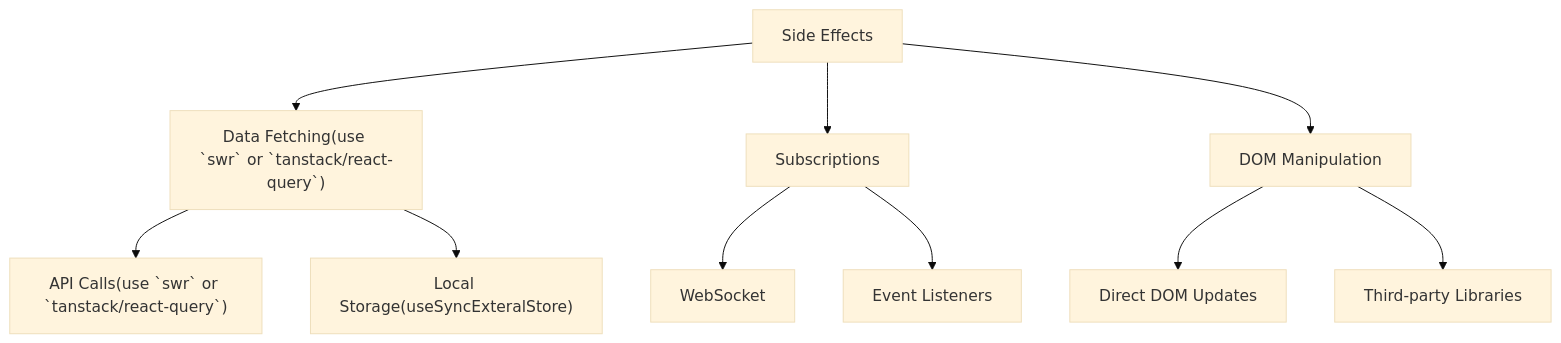
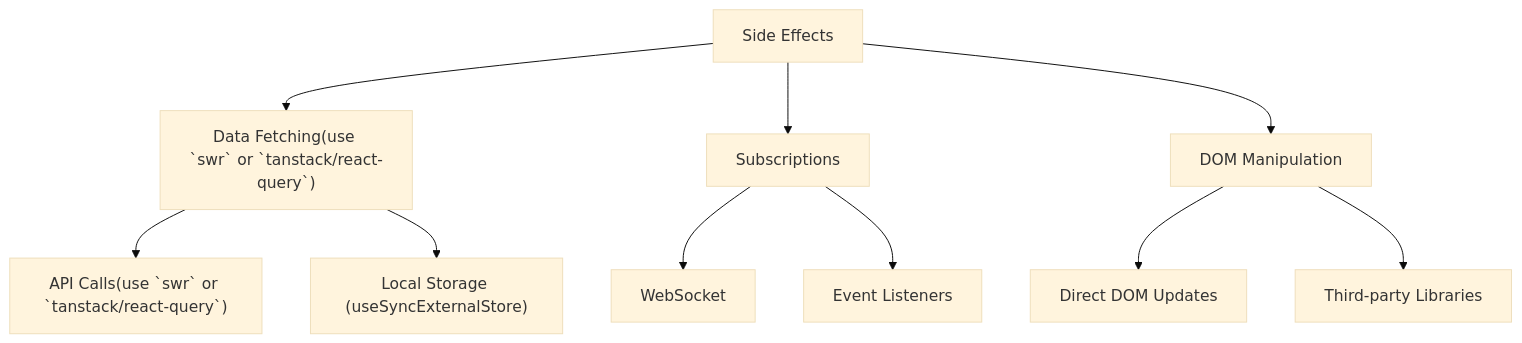
Before and after one commit to Oluwasetemi/react-note: the sixth of 9 diagrams in pages/hooks.md, drawn with Mermaid (base theme). The commit also changed other lines of this file and 14 other files, not shown here.

````diff
--- a/pages/hooks.md
+++ b/pages/hooks.md
@@ -505,15 +505,15 @@
 ```mermaid
 graph TD
   A[Side Effects] --> B["Data Fetching(use `swr` or `tanstack/react-query`)"]
   A --> C[Subscriptions]
   A --> D[DOM Manipulation]
 
   B --> B1["API Calls(use `swr` or `tanstack/react-query`)"]
-  B --> B2["Local Storage(useSyncExteralStore)"]
+  B --> B2["Local Storage (useSyncExternalStore)"]
 
   C --> C1[WebSocket]
   C --> C2[Event Listeners]
 
   D --> D1[Direct DOM Updates]
   D --> D2[Third-party Libraries]
 ```
````
